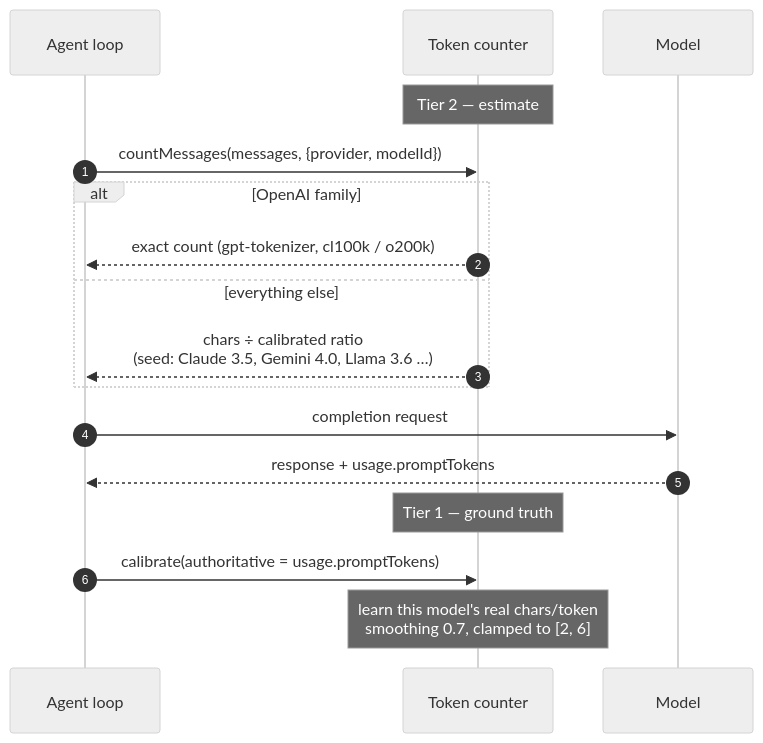
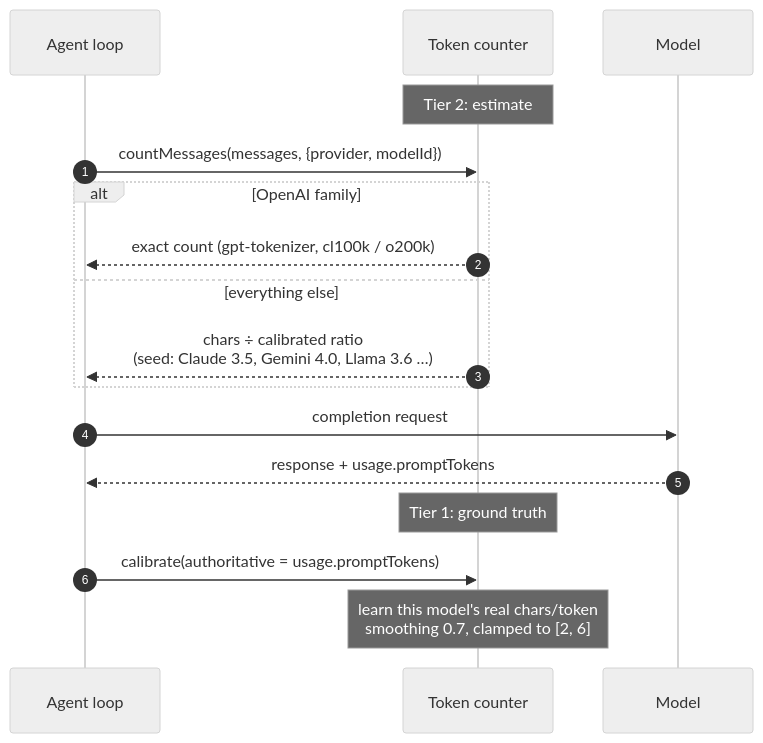
The second of 4 diagrams in docs/maintainers/context-lifecycle.md (lvndry/jazz), drawn with Mermaid (neutral theme) before and after one commit. The commit also changed other lines of this file and 28 other files, not shown here.

````diff
--- a/docs/maintainers/context-lifecycle.md
+++ b/docs/maintainers/context-lifecycle.md
@@ -78,22 +78,22 @@
 ```mermaid
 sequenceDiagram
     autonumber
     participant L as Agent loop
     participant C as Token counter
     participant M as Model
 
-    Note over C: Tier 2 — estimate
+    Note over C: Tier 2: estimate
     L->>C: countMessages(messages, {provider, modelId})
     alt OpenAI family
         C-->>L: exact count (gpt-tokenizer, cl100k / o200k)
     else everything else
         C-->>L: chars ÷ calibrated ratio<br/>(seed: Claude 3.5, Gemini 4.0, Llama 3.6 …)
     end
 
     L->>M: completion request
     M-->>L: response + usage.promptTokens
 
-    Note over C: Tier 1 — ground truth
+    Note over C: Tier 1: ground truth
     L->>C: calibrate(authoritative = usage.promptTokens)
     Note over C: learn this model's real chars/token<br/>smoothing 0.7, clamped to [2, 6]
 ```
````
